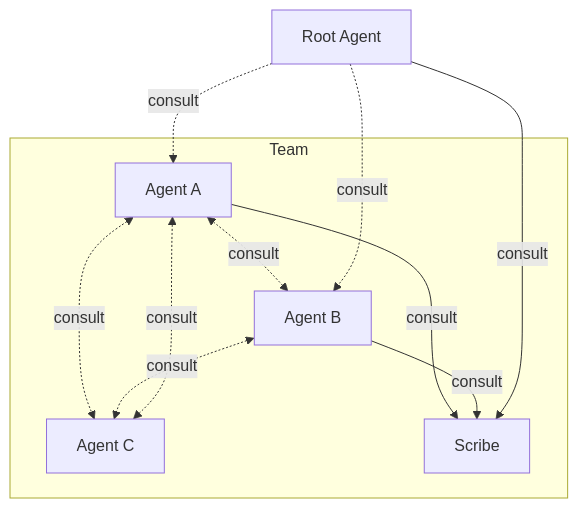
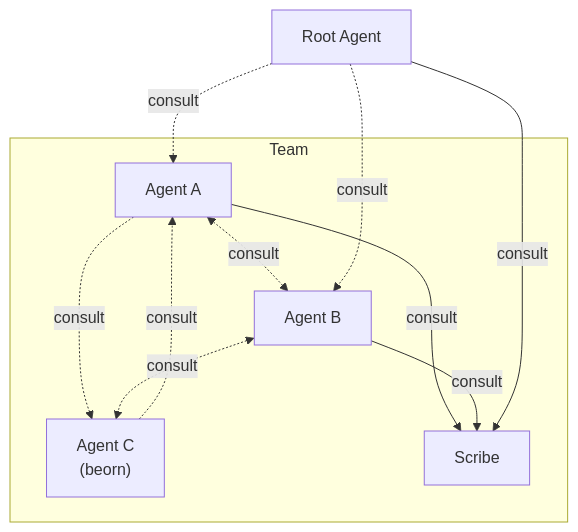
Before and after one commit to Kord96/kordinate: the diagram in docs/framework/overview.md, drawn with Mermaid. The commit also changed other lines of this file, not shown here.

````diff
--- a/docs/framework/overview.md
+++ b/docs/framework/overview.md
@@ -3,17 +3,17 @@
 ```mermaid
 flowchart TB
     ROOT[Root Agent]
 
     subgraph team[Team]
         A1[Agent A] <-.->|consult| A2[Agent B]
-        A1 <-.->|consult| A3[Agent C]
-        A3 <-.->|consult| A1
+        A1 -.->|consult| A3["Agent C\n(beorn)"]
+        A3 -.->|consult| A1
         A2 <-.->|consult| A3
         A1 -->|consult| SC[Scribe]
         A2 -->|consult| SC
     end
 
     ROOT -.->|consult| A1
     ROOT -.->|consult| A2
     ROOT -->|consult| SC
 ```
````
